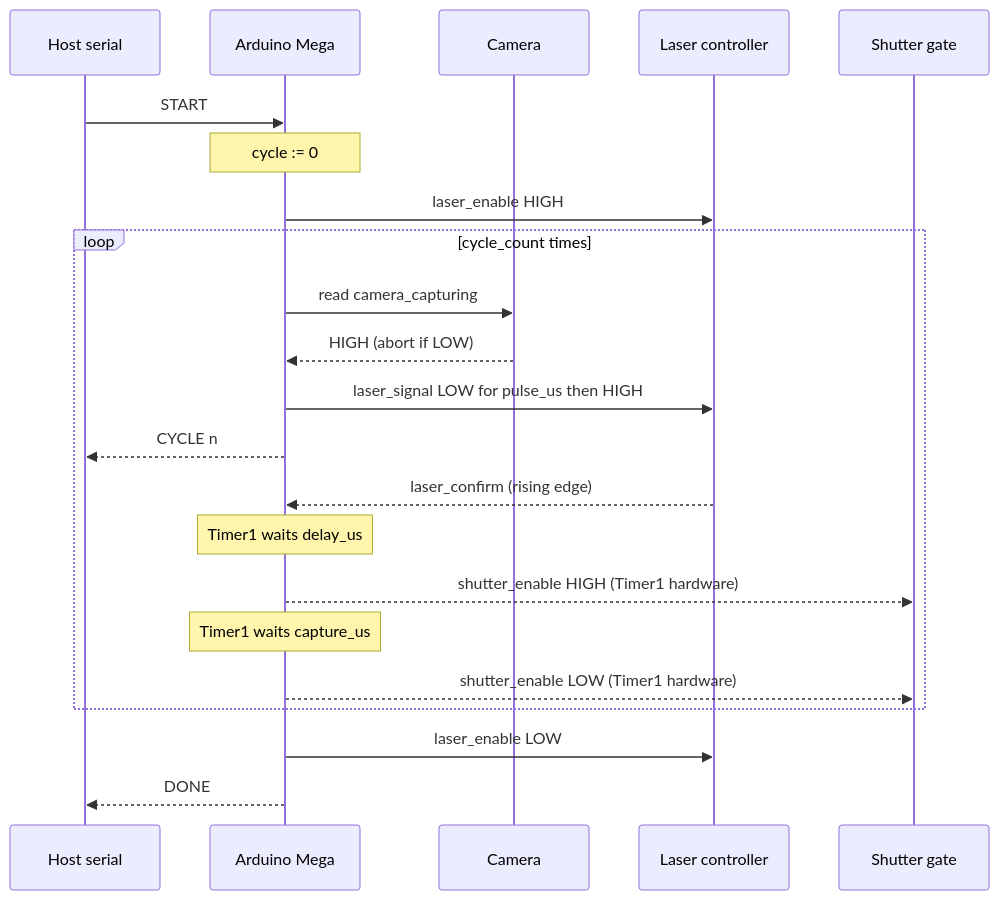
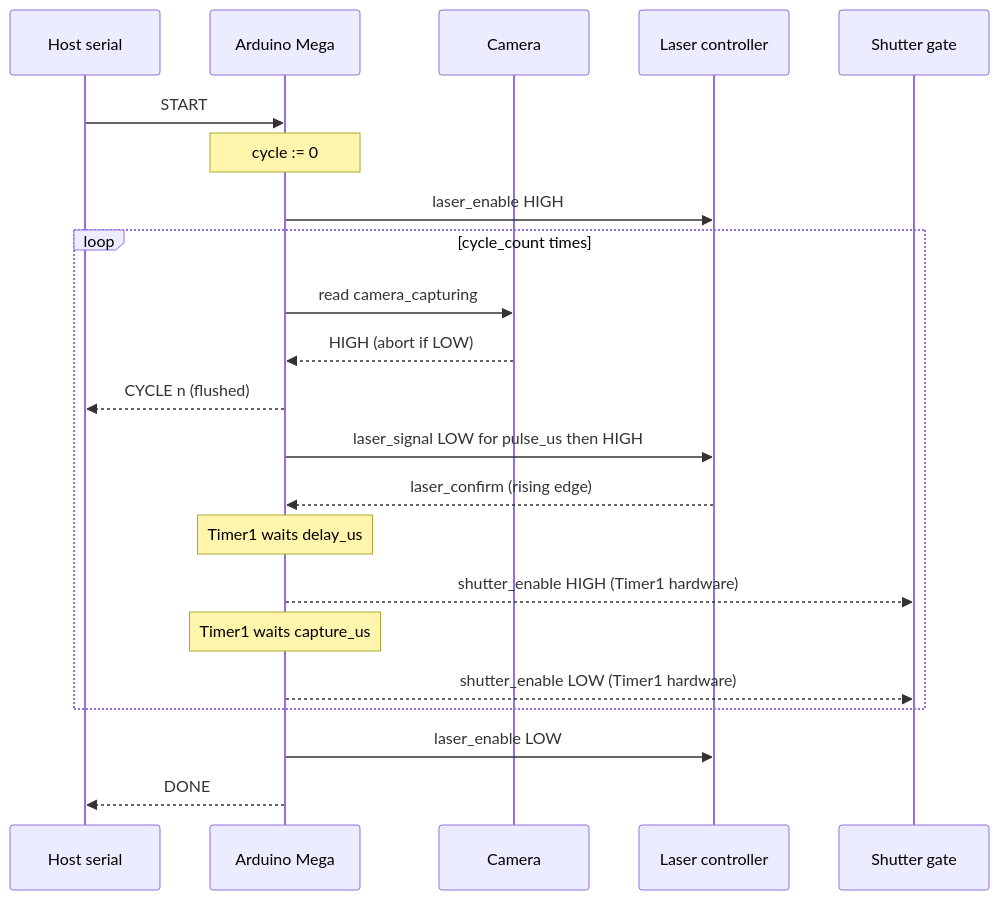
Before and after one commit to jlassen-terray/FRET-Microscope-Timing: the seventh of 8 diagrams in Arduino/5_capture_sequence/README.md, drawn with Mermaid. The commit also changed other lines of this file and 11 other files, not shown here.

````diff
--- a/Arduino/5_capture_sequence/README.md
+++ b/Arduino/5_capture_sequence/README.md
@@ -226,27 +325,27 @@
 ```mermaid
 sequenceDiagram
     participant PC as Host serial
     participant M as Arduino Mega
     participant C as Camera
     participant L as Laser controller
     participant S as Shutter gate
 
     PC->>M: START
     Note over M: cycle := 0
     M->>L: laser_enable HIGH
 
     loop cycle_count times
         M->>C: read camera_capturing
         C-->>M: HIGH (abort if LOW)
+        M-->>PC: CYCLE n (flushed)
         M->>L: laser_signal LOW for pulse_us then HIGH
-        M-->>PC: CYCLE n
         L-->>M: laser_confirm (rising edge)
         Note over M: Timer1 waits delay_us
         M-->>S: shutter_enable HIGH (Timer1 hardware)
         Note over M: Timer1 waits capture_us
         M-->>S: shutter_enable LOW (Timer1 hardware)
     end
 
     M->>L: laser_enable LOW
     M-->>PC: DONE
 ```
````
